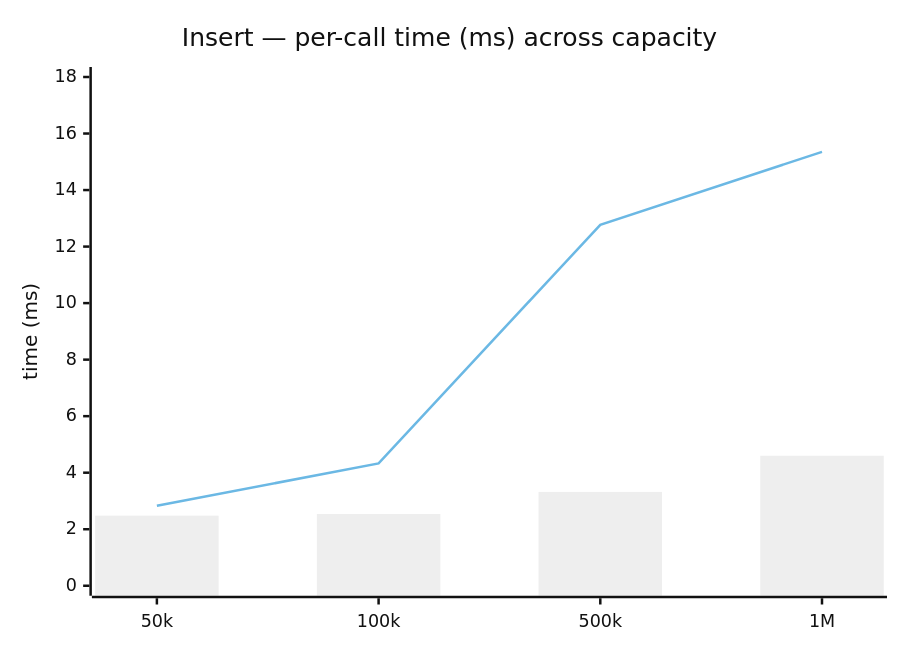
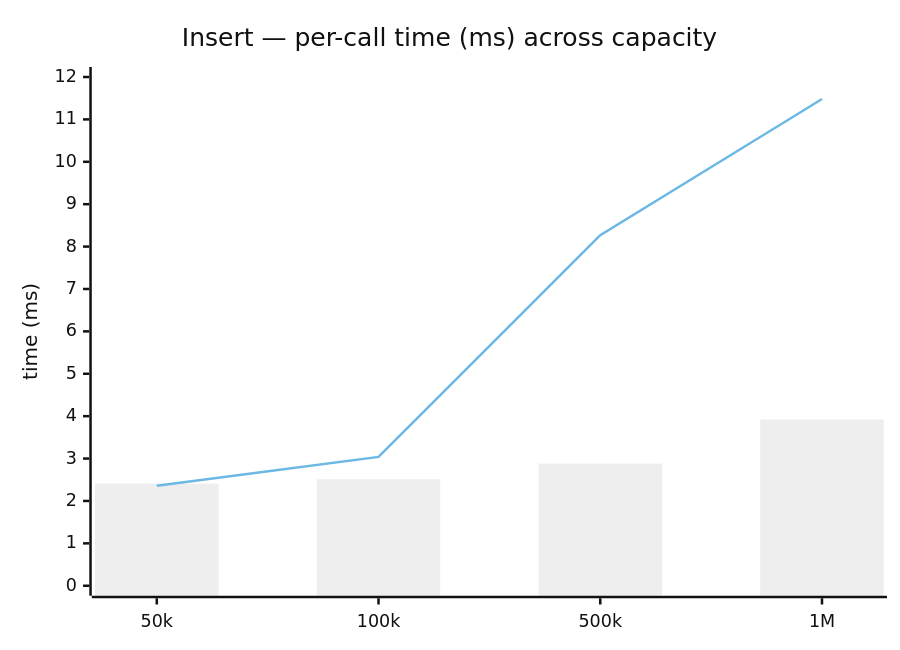
The diagram in docs/benchmark/insert.md (dch4o/copse), drawn with Mermaid (neutral theme) before and after one commit. The commit also changed other lines of this file and 4 other files, not shown here.

````diff
--- a/docs/benchmark/insert.md
+++ b/docs/benchmark/insert.md
@@ -42,8 +42,8 @@
 ```mermaid
 xychart-beta
     title "Insert — per-call time (ms) across capacity"
     x-axis [50k, 100k, 500k, 1M]
-    y-axis "time (ms)" 0 --> 18
-    bar [2.48, 2.54, 3.32, 4.60]
-    line [2.83, 4.33, 12.77, 15.35]
+    y-axis "time (ms)" 0 --> 12
+    bar [2.41, 2.51, 2.88, 3.92]
+    line [2.36, 3.04, 8.27, 11.48]
 ```
````
